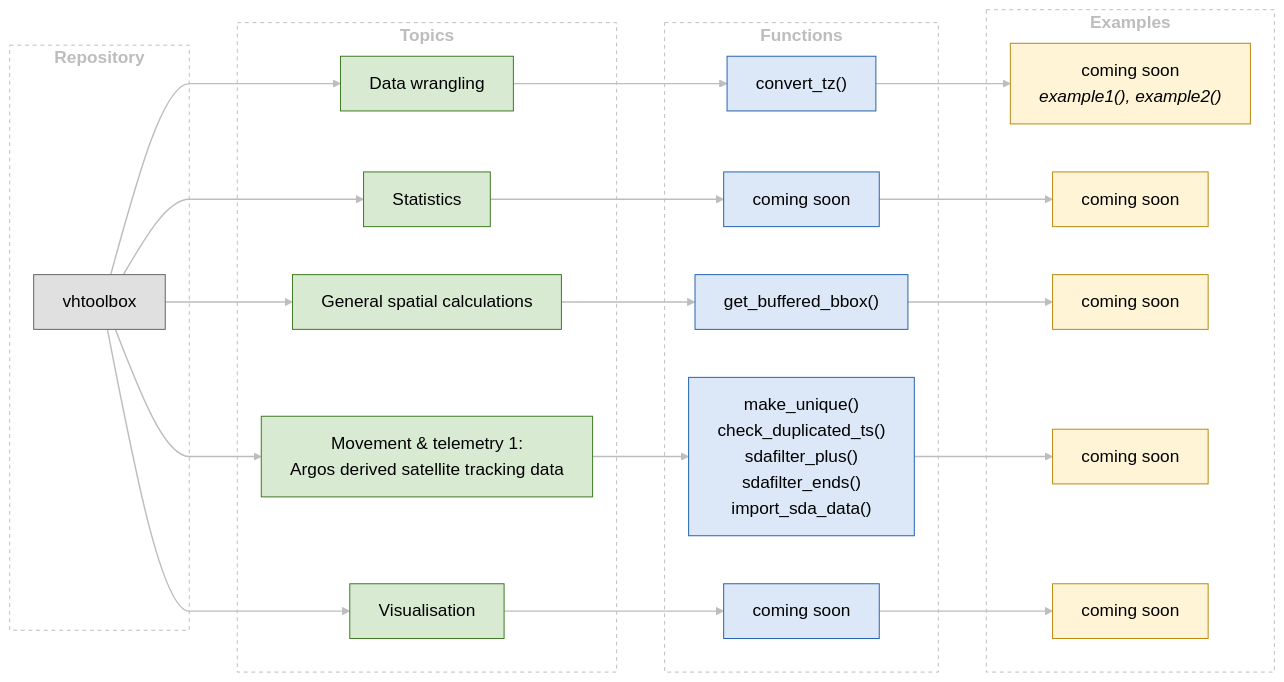
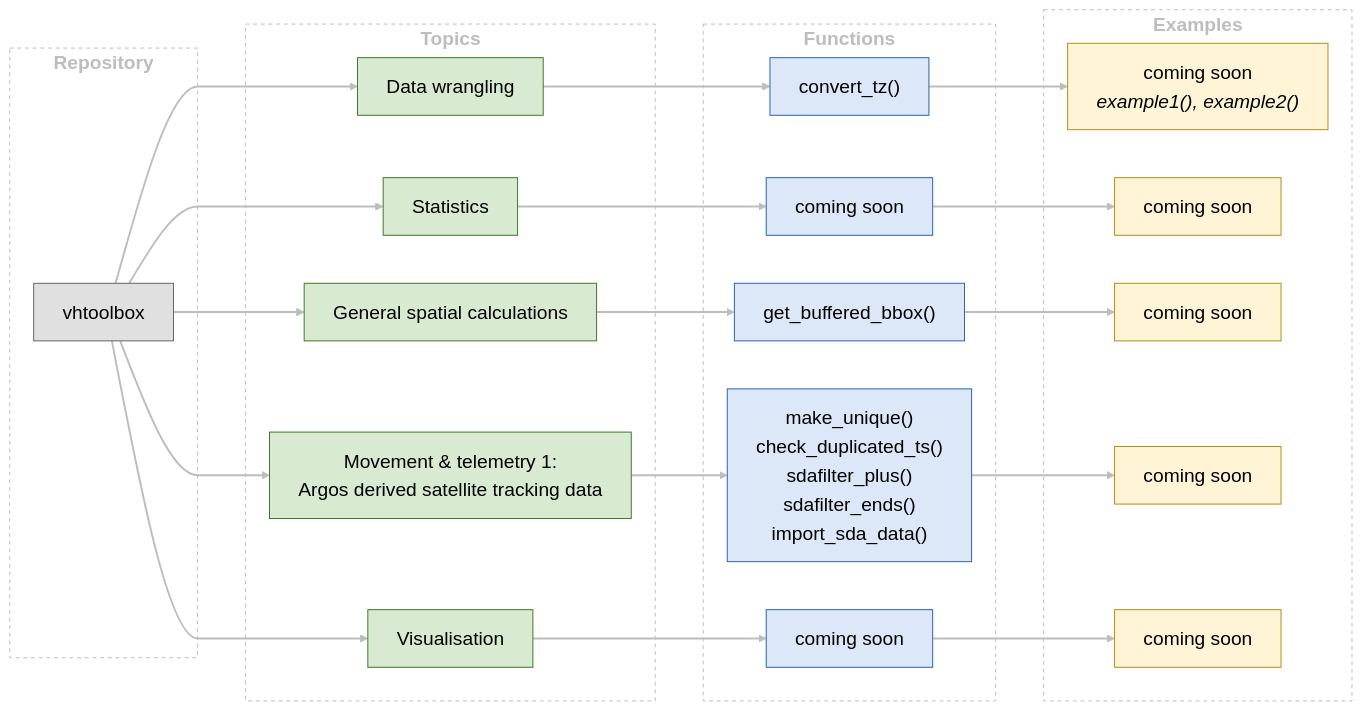
Before and after one commit to vheim/vhtoolbox: the diagram in README.md, drawn with Mermaid.

Commit message:
flowchart aesthetics

````diff
--- a/README.md
+++ b/README.md
@@ -25,63 +25,63 @@
 ```mermaid
 ---
 config:
   theme: default
   themeVariables:
-    fontSize: 18px
+    fontSize: 20px
     lineColor: "#BDBDBD"
   themeCSS: ".marker { overflow: visible; } .marker path { transform: scale(1.5); transform-origin: 10px 5px; }"
   look: classic
   layout: dagre
   flowchart:
     curve: monotoneX
     wrappingWidth: 400
 ---
 flowchart LR
   subgraph L1["`**Repository**`"]
     R["vhtoolbox"]
   end
   subgraph L2["`**Topics**`"]
     T1["Data wrangling"]
     T2["Statistics"]
     T3["General spatial calculations"]
     T4["Movement & telemetry 1:<br/>Argos derived satellite tracking data"]
     T5["Visualisation"]
   end
   subgraph L3["`**Functions**`"]
     F1["convert_tz()"]
     F2["coming soon"]
     F3["get_buffered_bbox()"]
     F4["make_unique()<br/>check_duplicated_ts()<br/>sdafilter_plus()<br/>sdafilter_ends()<br/>import_sda_data()"]
     F5["coming soon"]
   end
   subgraph L4["`**Examples**`"]
     E1["coming soon<br/><i>example1(), example2()</i>"]
     E2["coming soon"]
     E3["coming soon"]
     E4["coming soon"]
     E5["coming soon"]
   end
 
   R --> T1 & T2 & T3 & T4 & T5
   T1 --> F1 --> E1
   T2 --> F2 --> E2
   T3 --> F3 --> E3
   T4 --> F4 --> E4
   T5 --> F5 --> E5
 
   %% One example box per topic: replace "coming soon" with the example name(s),
   %% each followed by the functions it uses in italics, e.g.
   %%   E4["Rexample_sdafilter_plus.R<br/><i>sdafilter_plus(), sdafilter_ends()</i>"]
 
   classDef repo     fill:#E0E0E0,stroke:#616161,color:#000;
   classDef topic    fill:#D9EAD3,stroke:#38761D,color:#000;
   classDef func     fill:#DCE8F7,stroke:#1F5FAD,color:#000;
   classDef example  fill:#FFF4D6,stroke:#B8860B,color:#000;
   classDef level    fill:none,stroke:#BDBDBD,stroke-dasharray:4 4,color:#BDBDBD;
   class R repo;
   class T1,T2,T3,T4,T5 topic;
   class F1,F2,F3,F4,F5 func;
   class E1,E2,E3,E4,E5 example;
   class L1,L2,L3,L4 level;
-  linkStyle default stroke:#BDBDBD,stroke-width:1.5px;
+  linkStyle default stroke:#BDBDBD,stroke-width:2.0px;
 ```
````
